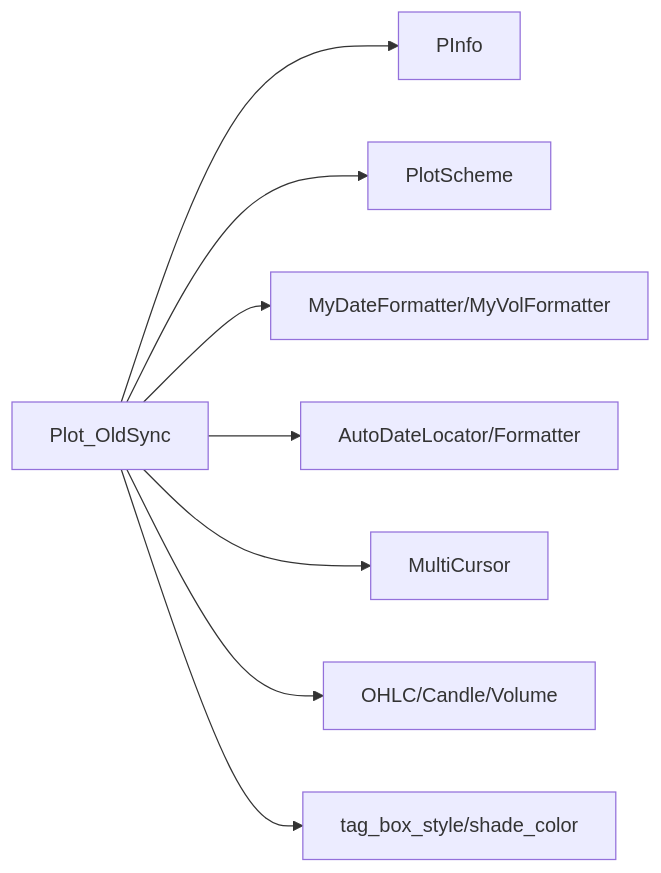
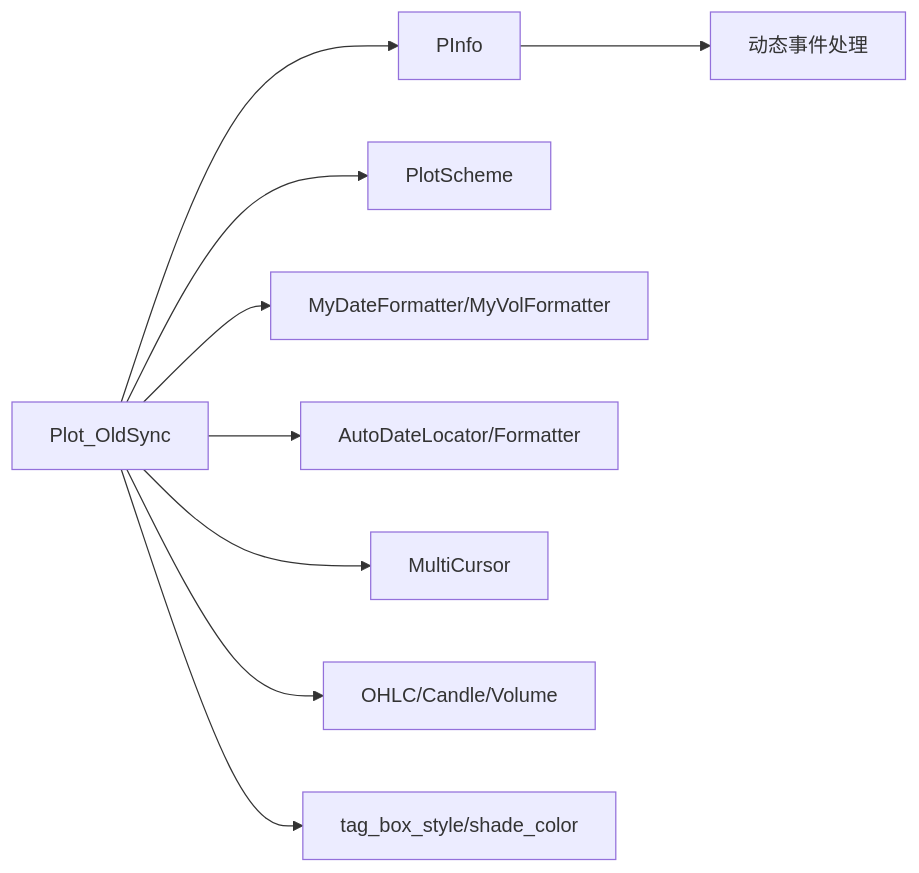
The tenth of 10 diagrams in .qoder/repowiki/zh/content/项目概述/核心功能特性/可视化系统/图表渲染引擎.md (bench-prog/backtrader), drawn with Mermaid before and after one commit. The commit also changed other lines of this file and 40 other files, not shown here.

````diff
--- a/.qoder/repowiki/zh/content/项目概述/核心功能特性/可视化系统/图表渲染引擎.md
+++ b/.qoder/repowiki/zh/content/项目概述/核心功能特性/可视化系统/图表渲染引擎.md
@@ -332,10 +394,11 @@
 ```mermaid
 graph LR
 Plot["Plot_OldSync"] --> PInf["PInfo"]
 Plot --> Scheme["PlotScheme"]
 Plot --> Formatters["MyDateFormatter/MyVolFormatter"]
 Plot --> Locator["AutoDateLocator/Formatter"]
 Plot --> Cursor["MultiCursor"]
 Plot --> Finance["OHLC/Candle/Volume"]
 Plot --> Utils["tag_box_style/shade_color"]
+PInf --> MouseEvents["动态事件处理"]
 ```
````
